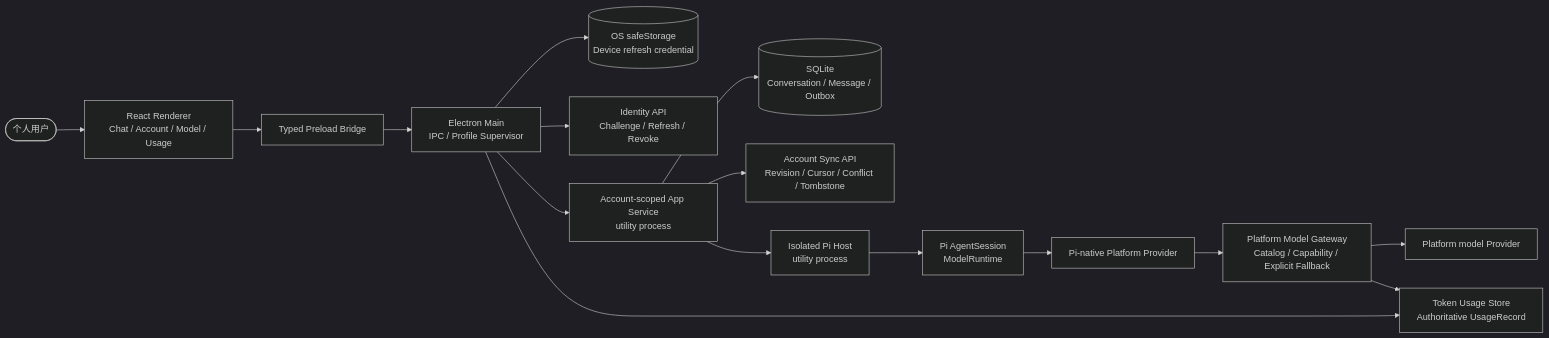
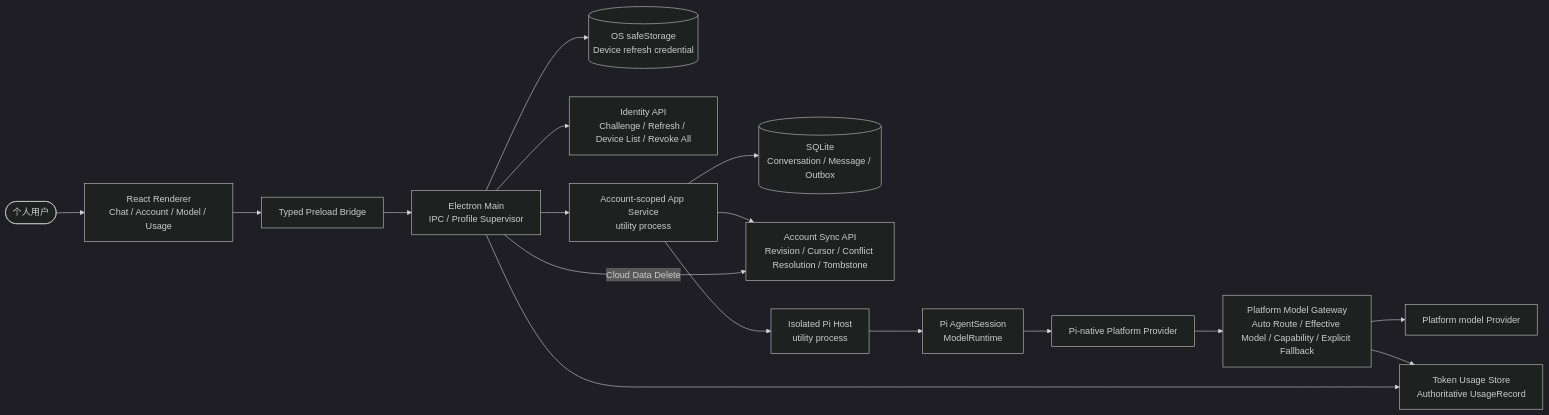
The third of 6 diagrams in docs/v2/14-overall-architecture.md (openerserver/openerx), drawn with Mermaid (dark theme) before and after one commit. The commit also changed other lines of this file and 58 other files, not shown here.

````diff
--- a/docs/v2/14-overall-architecture.md
+++ b/docs/v2/14-overall-architecture.md
@@ -164,18 +164,19 @@
 ```mermaid
 flowchart LR
   USER([个人用户]) --> UI[React Renderer<br/>Chat / Account / Model / Usage]
   UI --> PRELOAD[Typed Preload Bridge]
   PRELOAD --> MAIN[Electron Main<br/>IPC / Profile Supervisor]
   MAIN --> KEYCHAIN[(OS safeStorage<br/>Device refresh credential)]
-  MAIN --> ID[Identity API<br/>Challenge / Refresh / Revoke]
+  MAIN --> ID[Identity API<br/>Challenge / Refresh / Device List / Revoke All]
   MAIN --> APP[Account-scoped App Service<br/>utility process]
   APP --> LOCAL[(SQLite<br/>Conversation / Message / Outbox)]
-  APP --> SYNC[Account Sync API<br/>Revision / Cursor / Conflict / Tombstone]
+  APP --> SYNC[Account Sync API<br/>Revision / Cursor / Conflict Resolution / Tombstone]
+  MAIN -->|Cloud Data Delete| SYNC
   APP --> PIHOST[Isolated Pi Host<br/>utility process]
   PIHOST --> PI[Pi AgentSession<br/>ModelRuntime]
   PI --> PROVIDER[Pi-native Platform Provider]
-  PROVIDER --> GATEWAY[Platform Model Gateway<br/>Catalog / Capability / Explicit Fallback]
+  PROVIDER --> GATEWAY[Platform Model Gateway<br/>Auto Route / Effective Model / Capability / Explicit Fallback]
   GATEWAY --> UPSTREAM[Platform model Provider]
   GATEWAY --> USAGE[Token Usage Store<br/>Authoritative UsageRecord]
   MAIN --> USAGE
 ```
````
